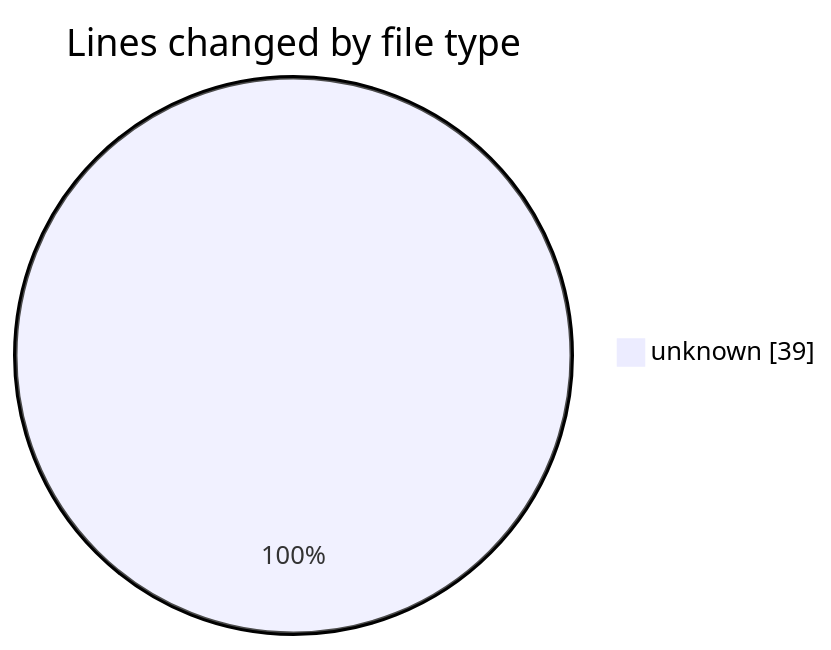
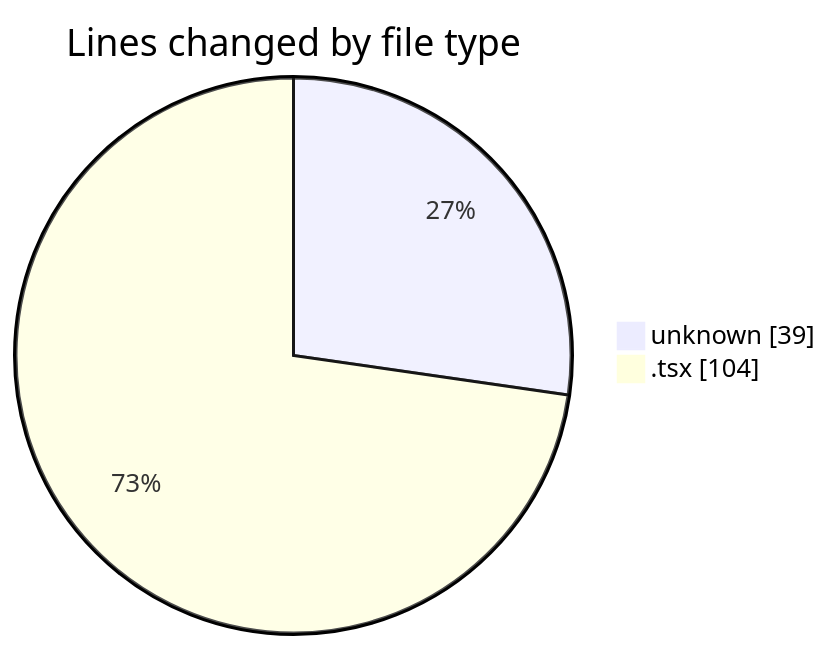
One commit to momahboobian/code-tracking changed the first of 2 diagrams in 2025-06-02/cda/README.md. Above: the diagram before and after it, drawn with Mermaid. The commit also changed other lines of this file and 1 other file, not shown here.

````diff
--- a/2025-06-02/cda/README.md
+++ b/2025-06-02/cda/README.md
@@ -20,5 +21,6 @@
 ```mermaid
 pie showData
 title Lines changed by file type
 "unknown" : 39
+".tsx" : 104
 ```
````
